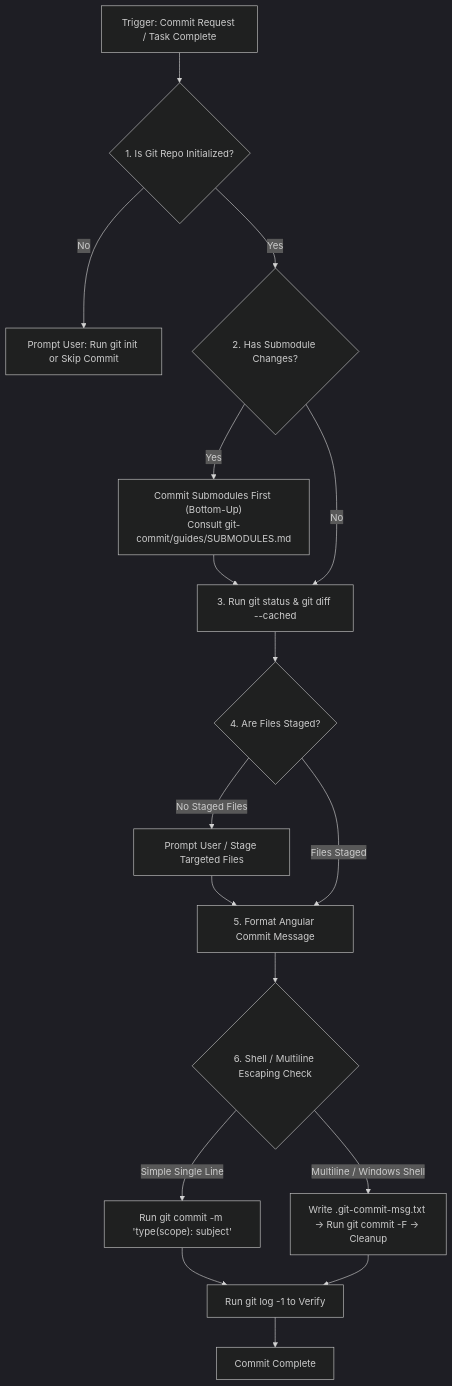
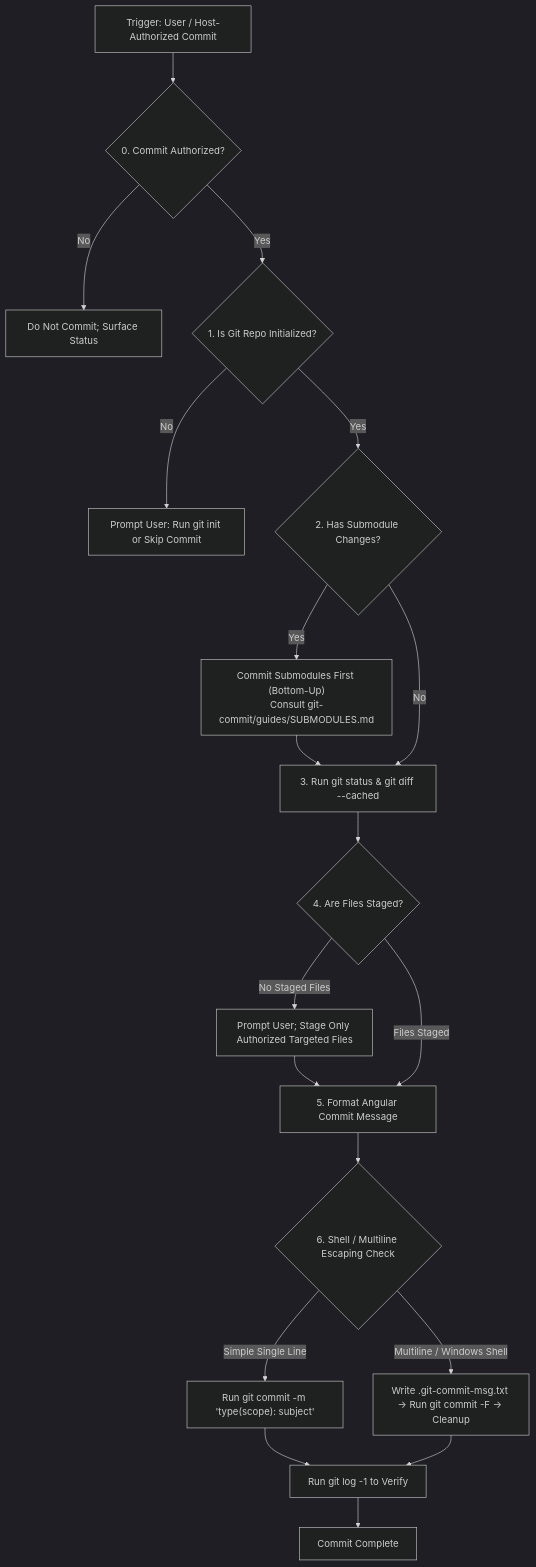
Before and after one commit to dyphn1/Harness-everything: the diagram in git-commit/references/commit-flow.md, drawn with Mermaid (dark theme).

Commit message:
docs(git): gate commit flow on authorization (#277)

````diff
--- a/git-commit/references/commit-flow.md
+++ b/git-commit/references/commit-flow.md
@@ -7,24 +7,26 @@
 ```mermaid
 flowchart TD
-    Start[Trigger: Commit Request / Task Complete] --> CheckGit{1. Is Git Repo Initialized?}
+    Start[Trigger: User / Host-Authorized Commit] --> CheckAuth{0. Commit Authorized?}
+    CheckAuth -- No --> Stop[Do Not Commit; Surface Status]
+    CheckAuth -- Yes --> CheckGit{1. Is Git Repo Initialized?}
     
     CheckGit -- No --> OfferInit[Prompt User: Run git init or Skip Commit]
     CheckGit -- Yes --> CheckSubmodules{2. Has Submodule Changes?}
     
     CheckSubmodules -- Yes --> CommitSubmodules["Commit Submodules First (Bottom-Up)<br>Consult git-commit/guides/SUBMODULES.md"] --> CheckStatus
     CheckSubmodules -- No --> CheckStatus[3. Run git status & git diff --cached]
     
     CheckStatus --> StagedCheck{4. Are Files Staged?}
     
-    StagedCheck -- No Staged Files --> AskStage[Prompt User / Stage Targeted Files] --> Format
+    StagedCheck -- No Staged Files --> AskStage[Prompt User; Stage Only Authorized Targeted Files] --> Format
     StagedCheck -- Files Staged --> Format[5. Format Angular Commit Message]
     
     Format --> CheckShell{6. Shell / Multiline Escaping Check}
     
     CheckShell -- Simple Single Line --> DirectCommit["Run git commit -m 'type(scope): subject'"]
     CheckShell -- Multiline / Windows Shell --> TempFileCommit[Write .git-commit-msg.txt -> Run git commit -F -> Cleanup]
     
     DirectCommit --> VerifyCommit[Run git log -1 to Verify]
     TempFileCommit --> VerifyCommit
     VerifyCommit --> Done[Commit Complete]
 ```
````
